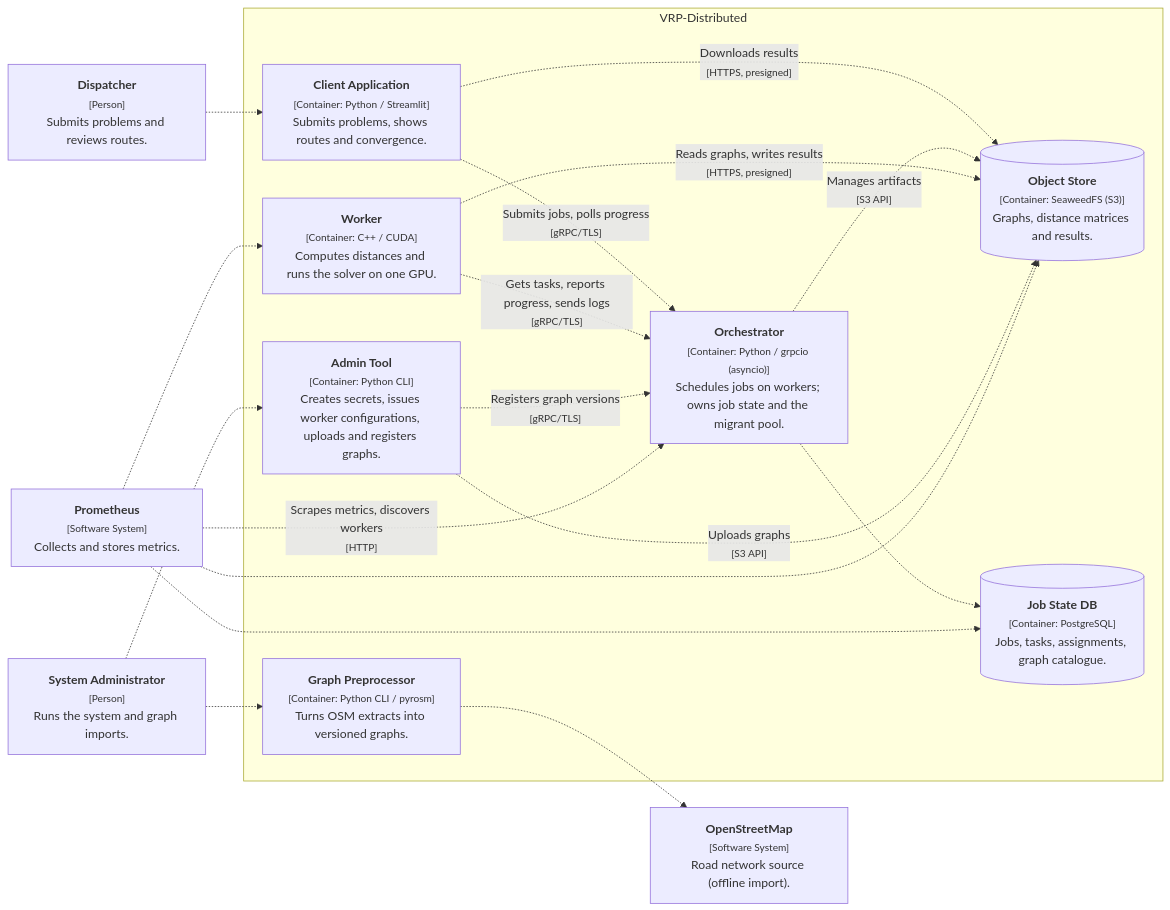
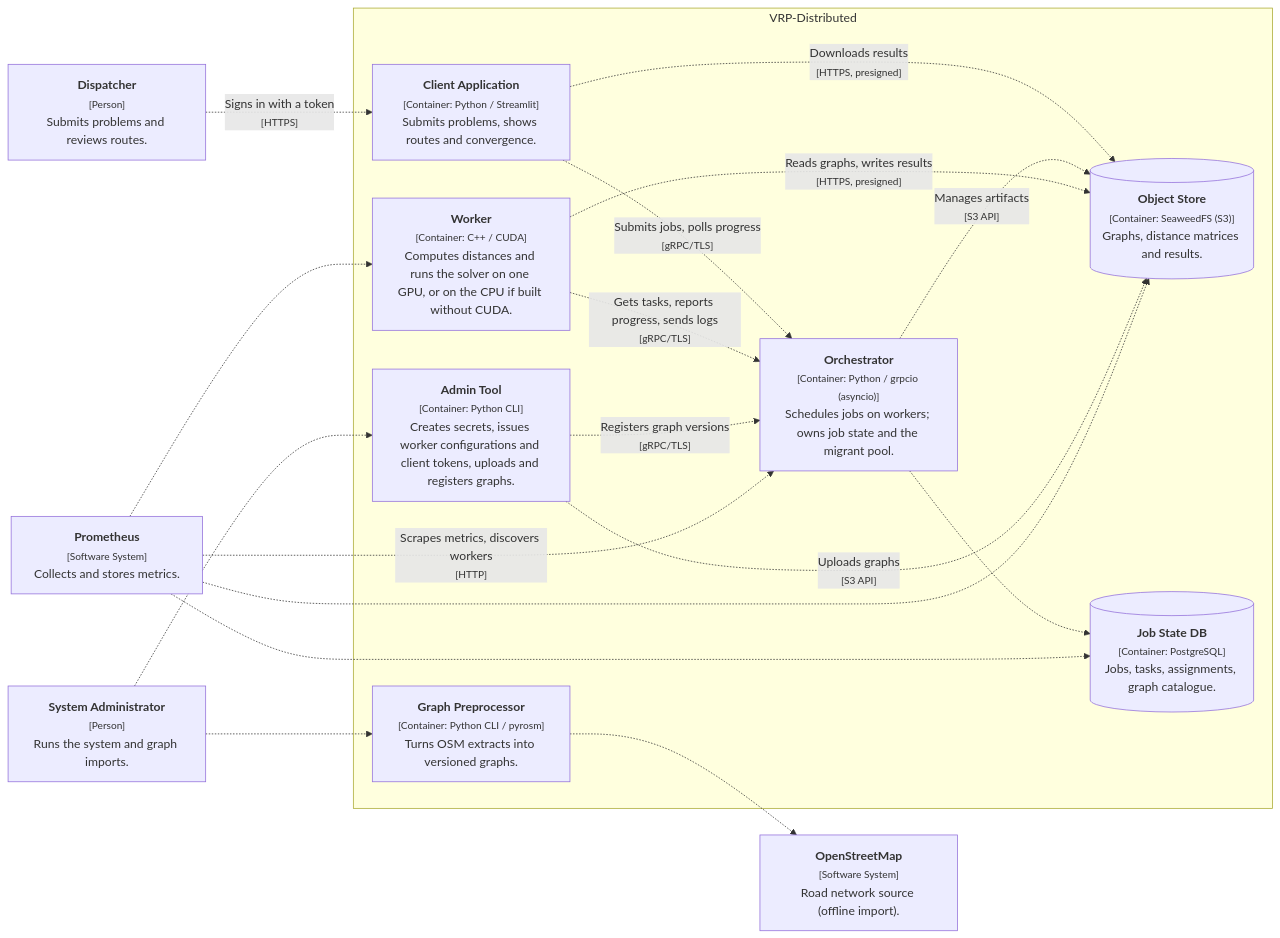
One commit to PogSmok/vrp-distributed changed the second of 5 diagrams in docs/architecture/README.md. Above: the diagram before and after it, drawn with Mermaid. The commit also changed other lines of this file and 54 other files, not shown here.

Commit message:
feat: CPU worker and client sign-in with named tokens

````diff
--- a/docs/architecture/README.md
+++ b/docs/architecture/README.md
@@ -28,37 +28,37 @@
 ```mermaid
 graph LR
 
     1["<b>Dispatcher</b><br/><small>[Person]</small><br/>Submits problems and reviews routes."]
     2["<b>System Administrator</b><br/><small>[Person]</small><br/>Runs the system and graph imports."]
     30["<b>OpenStreetMap</b><br/><small>[Software System]</small><br/>Road network source (offline import)."]
     31["<b>Prometheus</b><br/><small>[Software System]</small><br/>Collects and stores metrics."]
 
     subgraph 3 ["VRP-Distributed"]
 
-      16["<b>Worker</b><br/><small>[Container: C++ / CUDA]</small><br/>Computes distances and runs the solver on one GPU."]
+      16["<b>Worker</b><br/><small>[Container: C++ / CUDA]</small><br/>Computes distances and runs the solver on one GPU, or on the CPU if built without CUDA."]
       26["<b>Graph Preprocessor</b><br/><small>[Container: Python CLI / pyrosm]</small><br/>Turns OSM extracts into versioned graphs."]
-      27["<b>Admin Tool</b><br/><small>[Container: Python CLI]</small><br/>Creates secrets, issues worker configurations, uploads and registers graphs."]
+      27["<b>Admin Tool</b><br/><small>[Container: Python CLI]</small><br/>Creates secrets, issues worker configurations and client tokens, uploads and registers graphs."]
       28[("<b>Object Store</b><br/><small>[Container: SeaweedFS (S3)]</small><br/>Graphs, distance matrices and results.")]
       29[("<b>Job State DB</b><br/><small>[Container: PostgreSQL]</small><br/>Jobs, tasks, assignments, graph catalogue.")]
       4["<b>Client Application</b><br/><small>[Container: Python / Streamlit]</small><br/>Submits problems, shows routes and convergence."]
       5["<b>Orchestrator</b><br/><small>[Container: Python / grpcio (asyncio)]</small><br/>Schedules jobs on workers; owns job state and the migrant pool."]
     end
 
-    1-.->4
+    1-. "Signs in with a token<br/><small>[HTTPS]</small>" .->4
     4-. "Submits jobs, polls progress<br/><small>[gRPC/TLS]</small>" .->5
     4-. "Downloads results<br/><small>[HTTPS, presigned]</small>" .->28
     5-.->29
     5-. "Manages artifacts<br/><small>[S3 API]</small>" .->28
     16-. "Gets tasks, reports progress, sends logs<br/><small>[gRPC/TLS]</small>" .->5
     16-. "Reads graphs, writes results<br/><small>[HTTPS, presigned]</small>" .->28
     26-.->30
     27-. "Uploads graphs<br/><small>[S3 API]</small>" .->28
     27-. "Registers graph versions<br/><small>[gRPC/TLS]</small>" .->5
     31-. "Scrapes metrics, discovers workers<br/><small>[HTTP]</small>" .->5
     31-.->29
     31-.->28
     31-.->16
     2-.->26
     2-.->27
 
 ```
````
